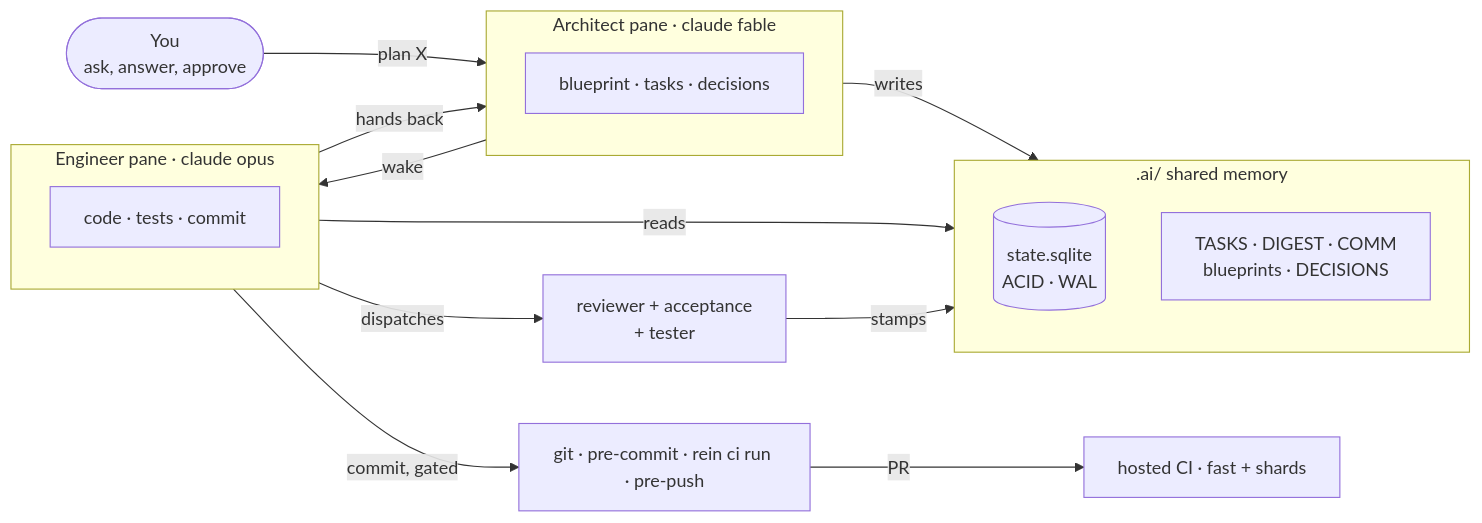
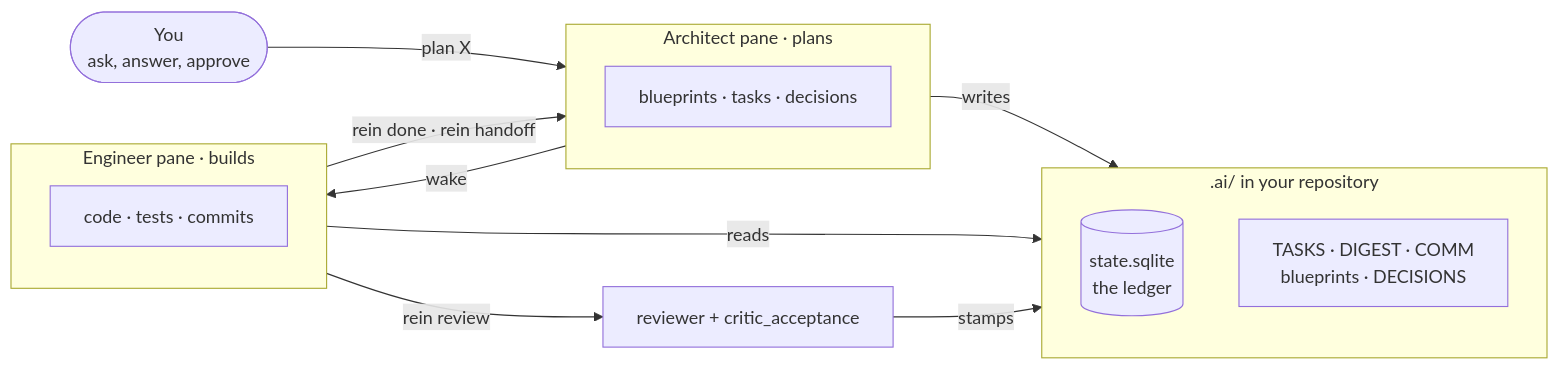
Before and after one commit to Vimurai/rein: the diagram in README.md, drawn with Mermaid. The commit also changed other lines of this file and 19 other files, not shown here.

````diff
--- a/README.md
+++ b/README.md
@@ -68,24 +43,22 @@
 ```mermaid
 flowchart LR
     You(["You<br/>ask, answer, approve"])
-    subgraph A["Architect pane · claude fable"]
-        A1["blueprint · tasks · decisions"]
+    subgraph A["Architect pane · plans"]
+        A1["blueprints · tasks · decisions"]
     end
-    subgraph E["Engineer pane · claude opus"]
-        E1["code · tests · commit"]
+    subgraph E["Engineer pane · builds"]
+        E1["code · tests · commits"]
     end
-    subgraph M[".ai/ shared memory"]
-        M1[("state.sqlite<br/>ACID · WAL")]
+    subgraph M[".ai/ in your repository"]
+        M1[("state.sqlite<br/>the ledger")]
         M2["TASKS · DIGEST · COMM<br/>blueprints · DECISIONS"]
     end
-    C["reviewer + acceptance<br/>+ tester"]
+    R["reviewer + critic_acceptance"]
     You -->|"plan X"| A
     A -->|"writes"| M
     A -->|"wake"| E
     E -->|"reads"| M
-    E -->|"dispatches"| C
-    C -->|"stamps"| M
-    E -->|"hands back"| A
-    E -->|"commit, gated"| G["git · pre-commit · rein ci run · pre-push"]
-    G -->|"PR"| H["hosted CI · fast + shards"]
+    E -->|"rein review"| R
+    R -->|"stamps"| M
+    E -->|"rein done · rein handoff"| A
 ```
````
